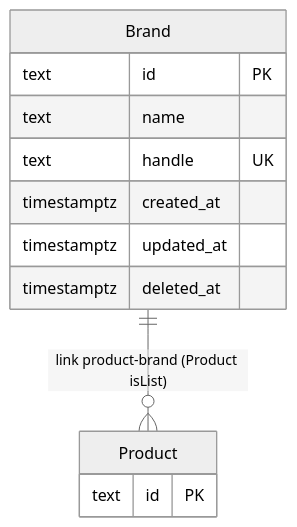
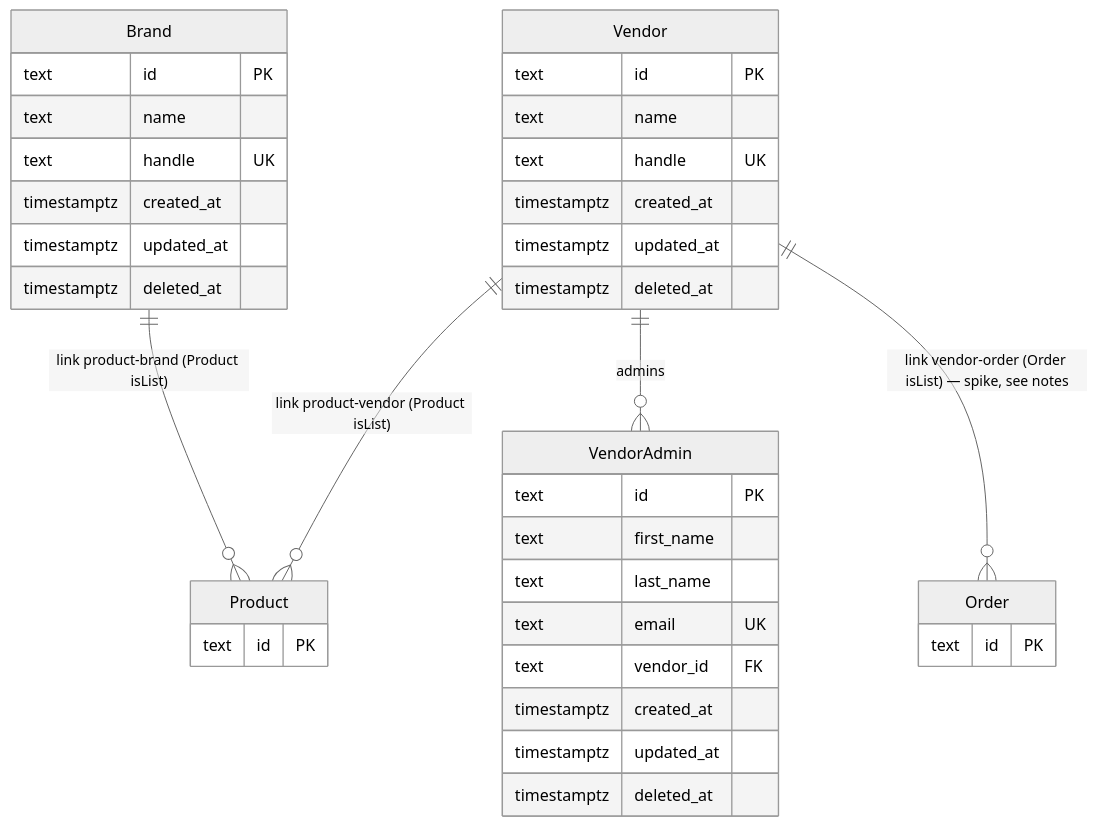
One commit to yago-flockr/medusa-poc changed the diagram in apps/backend/docs/ER_MODEL.md. Above: the diagram before and after it, drawn with Mermaid (neutral theme). The commit also changed other lines of this file and 12 other files, not shown here.

````diff
--- a/apps/backend/docs/ER_MODEL.md
+++ b/apps/backend/docs/ER_MODEL.md
@@ -18,18 +20,45 @@
 ```mermaid
 erDiagram
   Brand {
     text id PK
     text name
     text handle UK
     timestamptz created_at
     timestamptz updated_at
     timestamptz deleted_at
   }
 
-  %% Medusa Product (core) — linked, not owned here
+  Vendor {
+    text id PK
+    text name
+    text handle UK
+    timestamptz created_at
+    timestamptz updated_at
+    timestamptz deleted_at
+  }
+
+  VendorAdmin {
+    text id PK
+    text first_name
+    text last_name
+    text email UK
+    text vendor_id FK
+    timestamptz created_at
+    timestamptz updated_at
+    timestamptz deleted_at
+  }
+
+  %% Medusa Product / Order (core) — linked, not owned here
   Product {
     text id PK
   }
 
+  Order {
+    text id PK
+  }
+
   Brand ||--o{ Product : "link product-brand (Product isList)"
+  Vendor ||--o{ Product : "link product-vendor (Product isList)"
+  Vendor ||--o{ VendorAdmin : "admins"
+  Vendor ||--o{ Order : "link vendor-order (Order isList) — spike, see notes"
 ```
````
